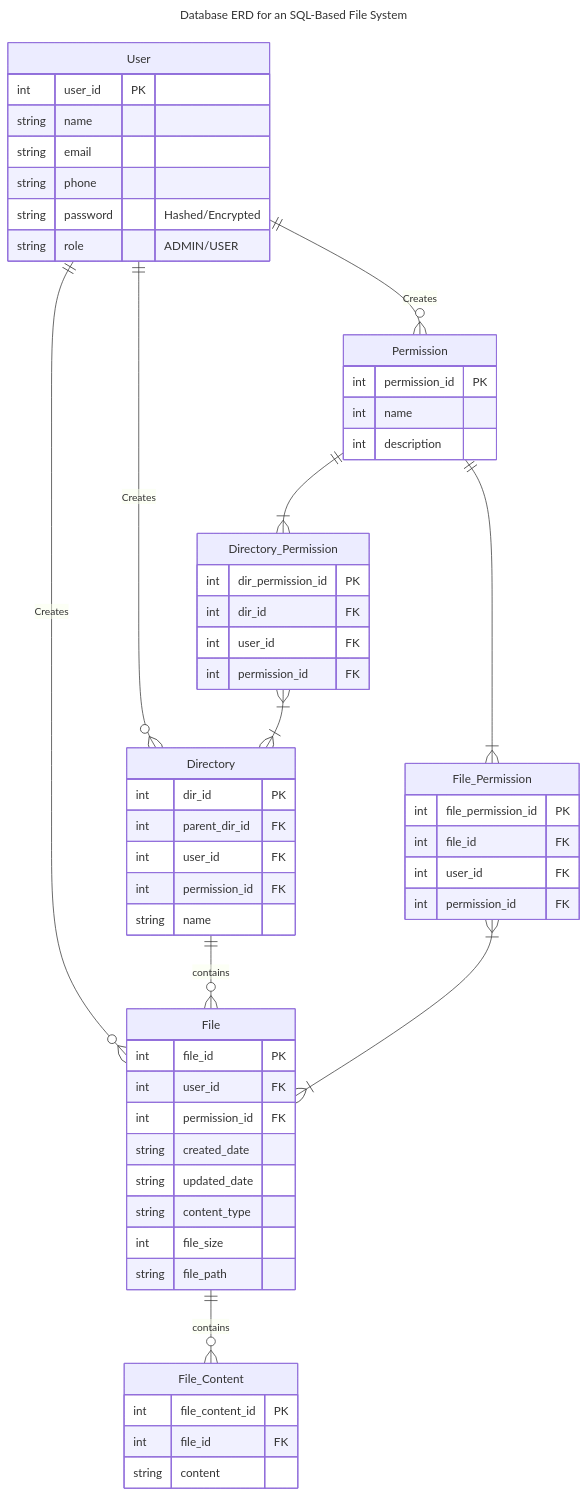
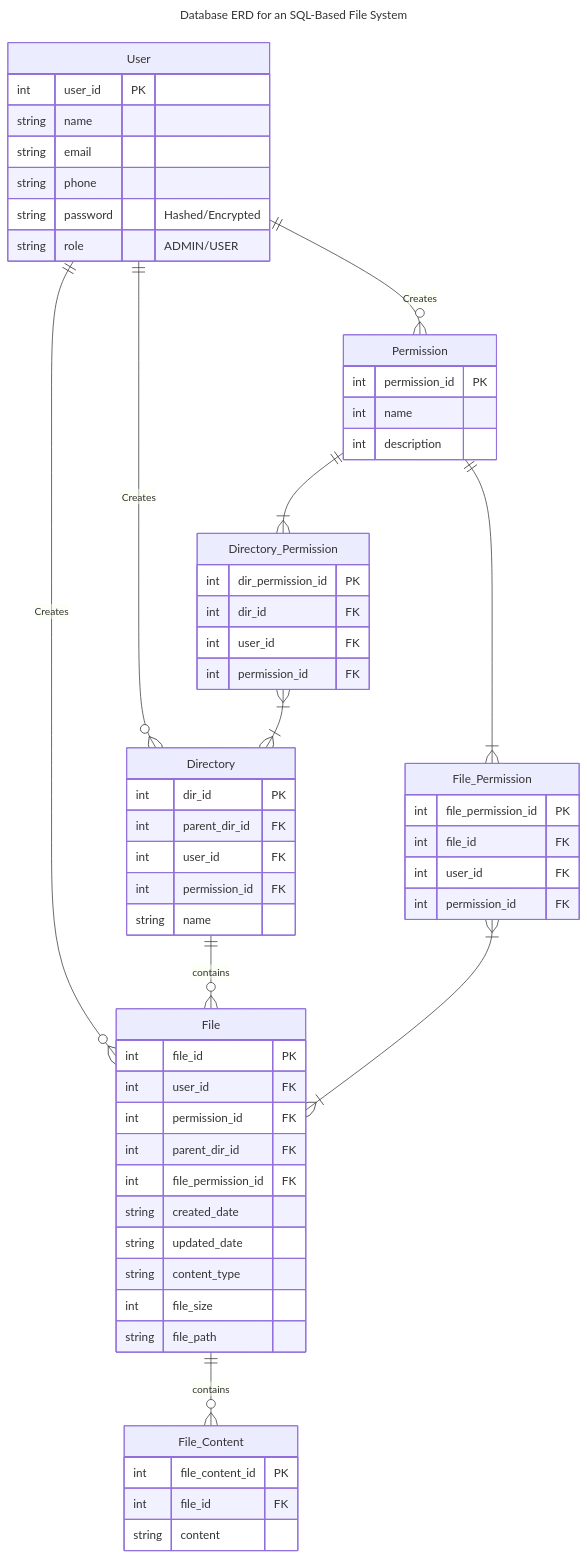
The second of 5 diagrams in README.md (amdy87/MySQL-Filesystem), drawn with Mermaid before and after one commit. The commit also changed other lines of this file, not shown here.

Commit message:
Update file README.md

````diff
--- a/README.md
+++ b/README.md
@@ -229,72 +229,74 @@
 ```mermaid
 ---
 title: Database ERD for an SQL-Based File System
 ---
 
 erDiagram
     User ||--o{ File : "Creates"
     User ||--o{ Directory: "Creates"
     User ||--o{ Permission: "Creates"
     Directory ||--o{ File : "contains"
     File ||--o{ File_Content : "contains"
     Permission ||--|{ File_Permission: ""
     Permission ||--|{ Directory_Permission: ""
     File_Permission }|--|{ File: ""
     Directory_Permission }|--|{ Directory: ""
 
     User {
         int user_id PK
         string name
         string email
         string phone
         string password "Hashed/Encrypted"
         string role "ADMIN/USER"
     }
 
     Permission {
         int permission_id PK
         int name
         int description
     }
 
     File {
         int file_id PK
         int user_id FK
         int permission_id FK
+        int parent_dir_id FK
+        int file_permission_id FK
         string created_date
         string updated_date
         string content_type
         int file_size
         string file_path
     }
     File_Permission {
         int file_permission_id PK
         int file_id FK
         int user_id FK
         int permission_id FK
     }
     
     Directory_Permission {
         int dir_permission_id PK
         int dir_id FK
         int user_id FK
         int permission_id FK
     }
 
     Directory {
         int dir_id PK
         int parent_dir_id FK
         int user_id FK
         int permission_id FK
         string name
     }
 
     File_Content {
         int file_content_id PK
         int file_id FK
         string content
     }
 
 
 
 ```
````
